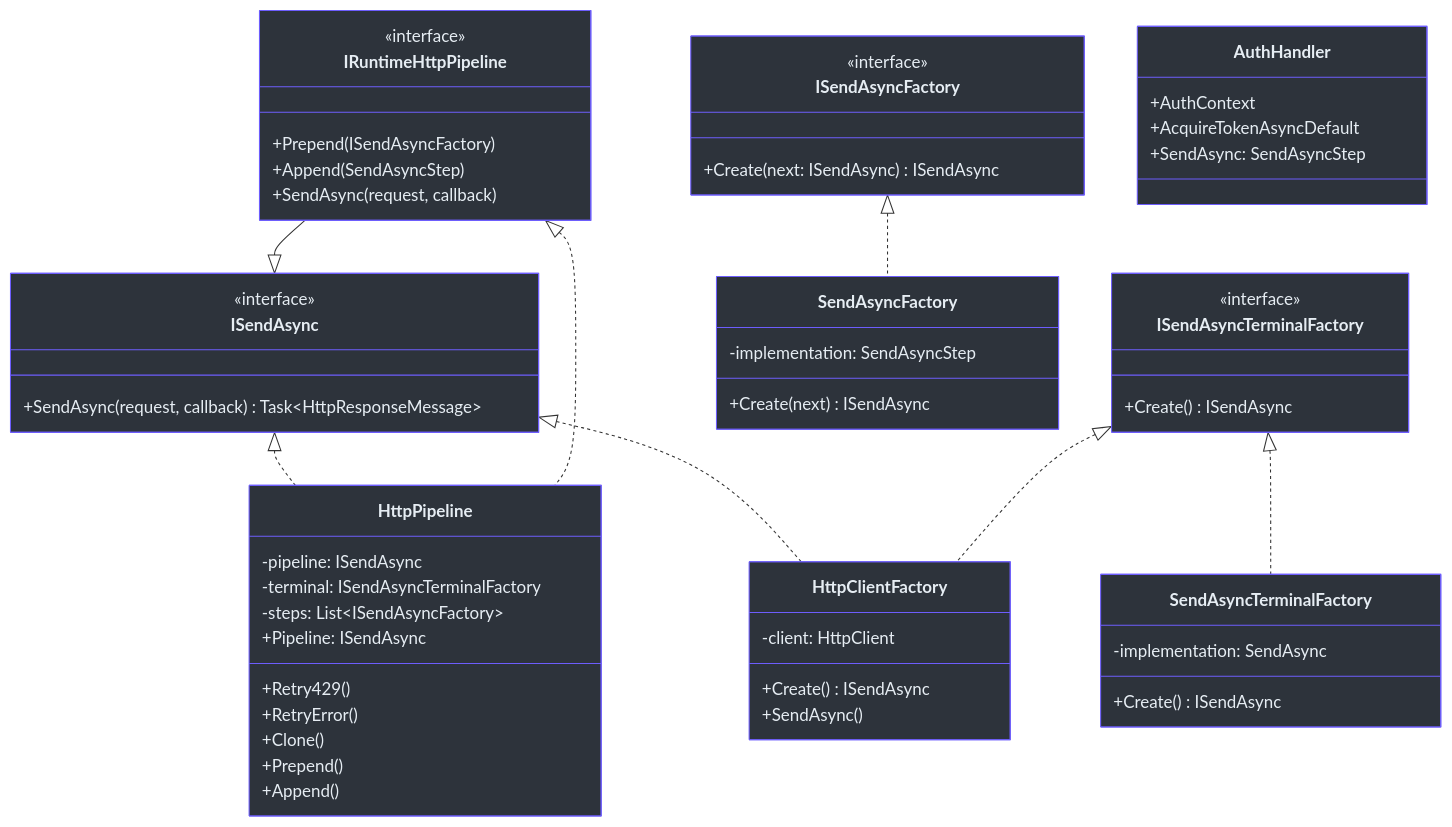
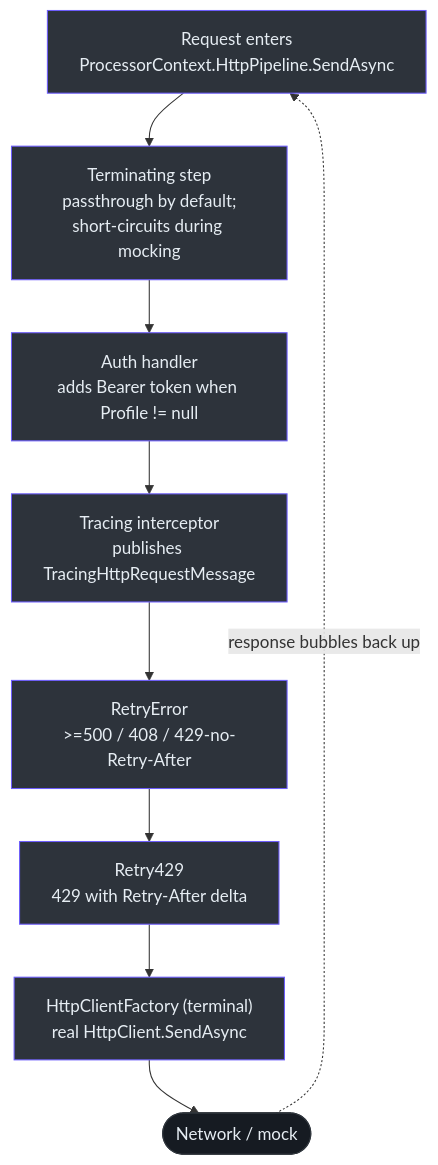
Before and after one commit to Azure/azclips: the first of 2 diagrams in wiki/02-deep-dive/http-pipeline.md, drawn with Mermaid. The commit also changed other lines of this file and 19 other files, not shown here.

````diff
--- a/wiki/02-deep-dive/http-pipeline.md
+++ b/wiki/02-deep-dive/http-pipeline.md
@@ -12,78 +112,23 @@
 ```mermaid
-classDiagram
-    direction TB
+flowchart TD
+    REQ["Request enters<br>ProcessorContext.HttpPipeline.SendAsync"]
+    TERM["Terminating step<br>passthrough by default;<br>short-circuits during mocking"]
+    AUTH["Auth handler<br>adds Bearer token when Profile != null"]
+    TRACE["Tracing interceptor<br>publishes TracingHttpRequestMessage"]
+    RERR["RetryError<br>>=500 / 408 / 429-no-Retry-After"]
+    R429["Retry429<br>429 with Retry-After delta"]
+    SEND["HttpClientFactory (terminal)<br>real HttpClient.SendAsync"]
+    NET(["Network / mock"])
 
-    class ISendAsync {
-        <<interface>>
-        +SendAsync(request, callback) Task~HttpResponseMessage~
-    }
+    REQ --> TERM --> AUTH --> TRACE --> RERR --> R429 --> SEND --> NET
+    NET -. response bubbles back up .-> REQ
 
-    class ISendAsyncFactory {
-        <<interface>>
-        +Create(next: ISendAsync) ISendAsync
-    }
-
-    class ISendAsyncTerminalFactory {
-        <<interface>>
-        +Create() ISendAsync
-    }
-
-    class IRuntimeHttpPipeline {
-        <<interface>>
-        +Prepend(ISendAsyncFactory)
-        +Append(SendAsyncStep)
-        +SendAsync(request, callback)
-    }
-
-    class HttpPipeline {
-        -pipeline: ISendAsync
-        -terminal: ISendAsyncTerminalFactory
-        -steps: List~ISendAsyncFactory~
-        +Pipeline: ISendAsync
-        +Retry429()
-        +RetryError()
-        +Clone()
-        +Prepend()
-        +Append()
-    }
-
-    class SendAsyncFactory {
-        -implementation: SendAsyncStep
-        +Create(next) ISendAsync
-    }
-
-    class SendAsyncTerminalFactory {
-        -implementation: SendAsync
-        +Create() ISendAsync
-    }
-
-    class HttpClientFactory {
-        -client: HttpClient
-        +Create() ISendAsync
-        +SendAsync()
-    }
-
-    class AuthHandler {
-        +AuthContext
-        +AcquireTokenAsyncDefault
-        +SendAsync: SendAsyncStep
-    }
-
-    ISendAsync <|.. HttpPipeline
-    ISendAsync <|.. HttpClientFactory
-    ISendAsyncFactory <|.. SendAsyncFactory
-    ISendAsyncTerminalFactory <|.. HttpClientFactory
-    ISendAsyncTerminalFactory <|.. SendAsyncTerminalFactory
-    IRuntimeHttpPipeline <|.. HttpPipeline
-    IRuntimeHttpPipeline --|> ISendAsync
-
-    style ISendAsync fill:#2d333b,stroke:#6d5dfc,color:#e6edf3
-    style ISendAsyncFactory fill:#2d333b,stroke:#6d5dfc,color:#e6edf3
-    style ISendAsyncTerminalFactory fill:#2d333b,stroke:#6d5dfc,color:#e6edf3
-    style IRuntimeHttpPipeline fill:#2d333b,stroke:#6d5dfc,color:#e6edf3
-    style HttpPipeline fill:#2d333b,stroke:#6d5dfc,color:#e6edf3
-    style SendAsyncFactory fill:#2d333b,stroke:#6d5dfc,color:#e6edf3
-    style SendAsyncTerminalFactory fill:#2d333b,stroke:#6d5dfc,color:#e6edf3
-    style HttpClientFactory fill:#2d333b,stroke:#6d5dfc,color:#e6edf3
-    style AuthHandler fill:#2d333b,stroke:#6d5dfc,color:#e6edf3
+    style REQ fill:#2d333b,stroke:#6d5dfc,color:#e6edf3
+    style TERM fill:#2d333b,stroke:#6d5dfc,color:#e6edf3
+    style AUTH fill:#2d333b,stroke:#6d5dfc,color:#e6edf3
+    style TRACE fill:#2d333b,stroke:#6d5dfc,color:#e6edf3
+    style RERR fill:#2d333b,stroke:#6d5dfc,color:#e6edf3
+    style R429 fill:#2d333b,stroke:#6d5dfc,color:#e6edf3
+    style SEND fill:#2d333b,stroke:#6d5dfc,color:#e6edf3
+    style NET fill:#161b22,stroke:#30363d,color:#e6edf3
 ```
````
